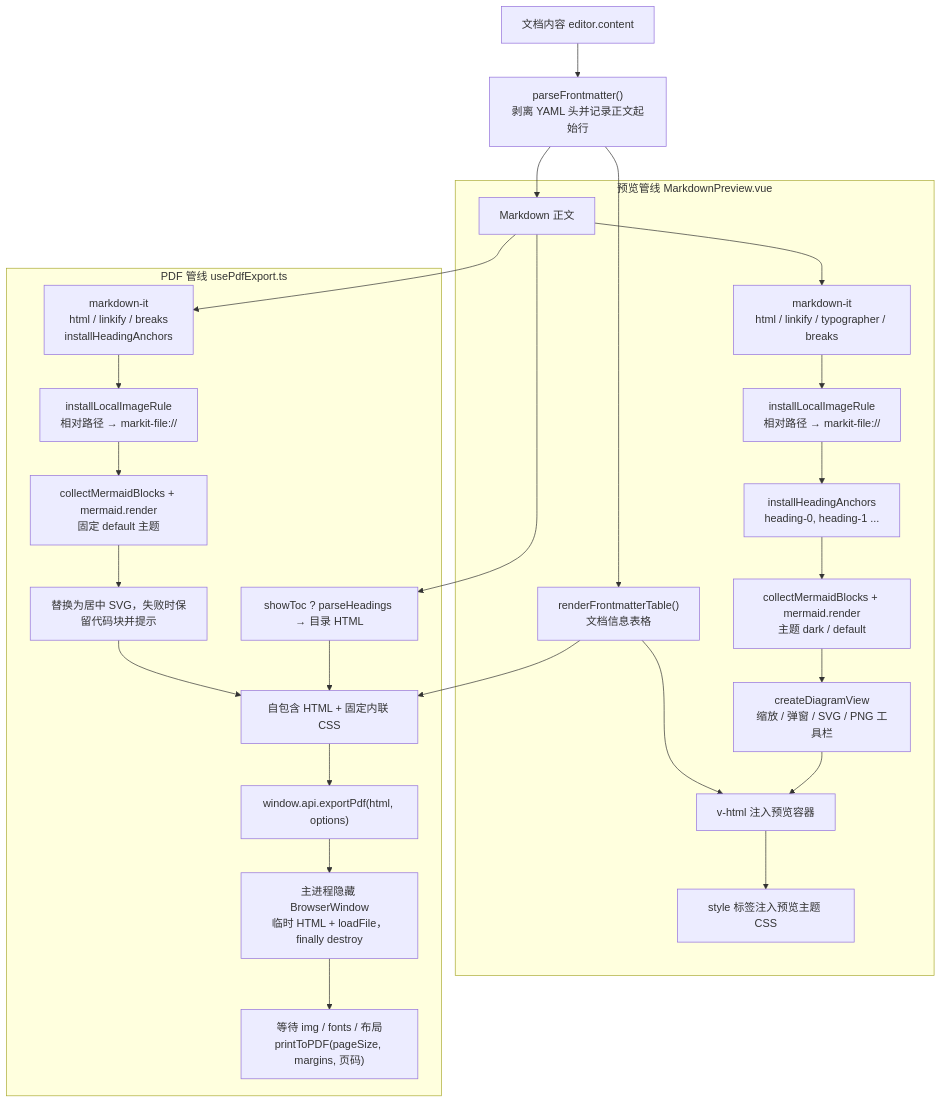
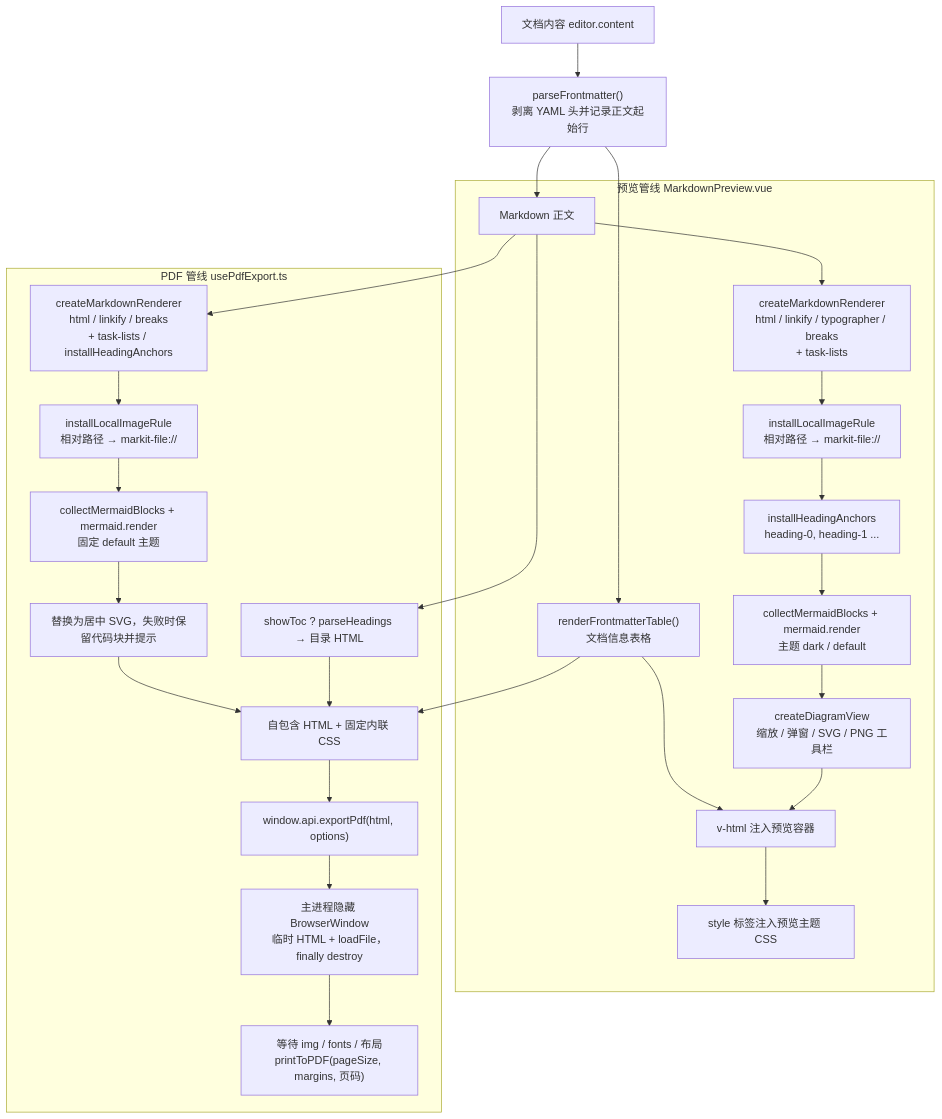
Before and after one commit to Harley-xk/mark-it: the diagram in docs/技术决策与已知限制.md, drawn with Mermaid. The commit also changed other lines of this file and 28 other files, not shown here.

````diff
--- a/docs/技术决策与已知限制.md
+++ b/docs/技术决策与已知限制.md
@@ -315,31 +315,31 @@
 ```mermaid
 flowchart TD
   SRC["文档内容 editor.content"] --> FM["parseFrontmatter()<br/>剥离 YAML 头并记录正文起始行"]
   FM --> TABLE["renderFrontmatterTable()<br/>文档信息表格"]
   FM --> BODY["Markdown 正文"]
 
   subgraph PREVIEW["预览管线 MarkdownPreview.vue"]
-    BODY --> MD1["markdown-it<br/>html / linkify / typographer / breaks"]
+    BODY --> MD1["createMarkdownRenderer<br/>html / linkify / typographer / breaks<br/>+ task-lists"]
     MD1 --> LOCAL1["installLocalImageRule<br/>相对路径 → markit-file://"]
     LOCAL1 --> ANCHOR["installHeadingAnchors<br/>heading-0, heading-1 ..."]
     ANCHOR --> MER1["collectMermaidBlocks + mermaid.render<br/>主题 dark / default"]
     MER1 --> WRAP["createDiagramView<br/>缩放 / 弹窗 / SVG / PNG 工具栏"]
     WRAP --> DOM["v-html 注入预览容器"]
     TABLE --> DOM
     DOM --> CSS1["style 标签注入预览主题 CSS"]
   end
 
   subgraph PDF["PDF 管线 usePdfExport.ts"]
     BODY --> TOC["showToc ? parseHeadings → 目录 HTML"]
-    BODY --> MD2["markdown-it<br/>html / linkify / breaks<br/>installHeadingAnchors"]
+    BODY --> MD2["createMarkdownRenderer<br/>html / linkify / breaks<br/>+ task-lists / installHeadingAnchors"]
     TOC --> HTML
     MD2 --> LOCAL2["installLocalImageRule<br/>相对路径 → markit-file://"]
     LOCAL2 --> MER2["collectMermaidBlocks + mermaid.render<br/>固定 default 主题"]
     MER2 --> SVG["替换为居中 SVG，失败时保留代码块并提示"]
     SVG --> HTML["自包含 HTML + 固定内联 CSS"]
     TABLE --> HTML
     HTML --> IPC["window.api.exportPdf(html, options)"]
     IPC --> WIN["主进程隐藏 BrowserWindow<br/>临时 HTML + loadFile，finally destroy"]
     WIN --> PRINT["等待 img / fonts / 布局<br/>printToPDF(pageSize, margins, 页码)"]
   end
 ```
````
